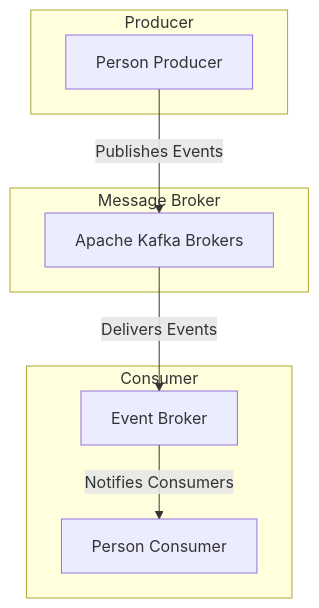
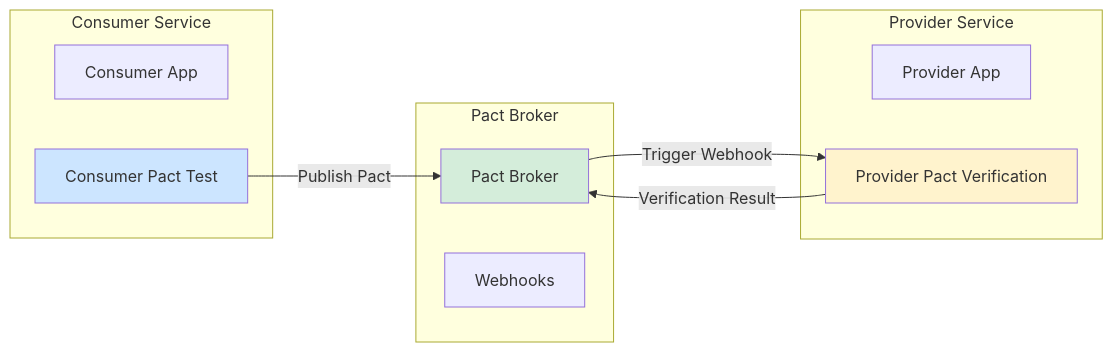
Before and after one commit to Joaquinriosheredia/DAM-Java-Mastery: the second of 3 diagrams in _Review/testing_de_contratos_consumer_driven_contracts/testing_de_contratos_consumer_driven_contracts.md, drawn with Mermaid. The commit also changed other lines of this file, not shown here.

Commit message:
testing de contratos consumer driven contracts

````diff
--- a/_Review/testing_de_contratos_consumer_driven_contracts/testing_de_contratos_consumer_driven_contracts.md
+++ b/_Review/testing_de_contratos_consumer_driven_contracts/testing_de_contratos_consumer_driven_contracts.md
@@ -96,19 +144,25 @@
 ```mermaid
-graph TD
-    subgraph Consumer
-        PersonConsumer[Person Consumer]
-        EventBroker[Event Broker]
+graph LR
+    subgraph "Consumer Service"
+        CONS[Consumer App]
+        PACT_TEST[Consumer Pact Test]
     end
     
-    subgraph Producer
-        PersonProducer[Person Producer]
+    subgraph "Pact Broker"
+        BROKER[Pact Broker]
+        WEBHOOK[Webhooks]
     end
     
-    subgraph Message Broker
-        KafkaBrokers[Apache Kafka Brokers]
+    subgraph "Provider Service"
+        PROV[Provider App]
+        PACT_VERIFY[Provider Pact Verification]
     end
     
-    PersonProducer -->|Publishes Events| KafkaBrokers
-    KafkaBrokers -->|Delivers Events| EventBroker
-    EventBroker -->|Notifies Consumers| PersonConsumer
+    PACT_TEST -->|Publish Pact| BROKER
+    BROKER -->|Trigger Webhook| PACT_VERIFY
+    PACT_VERIFY -->|Verification Result| BROKER
+    
+    style BROKER fill:#d4edda
+    style PACT_TEST fill:#cce5ff
+    style PACT_VERIFY fill:#fff3cd
 ```
````
